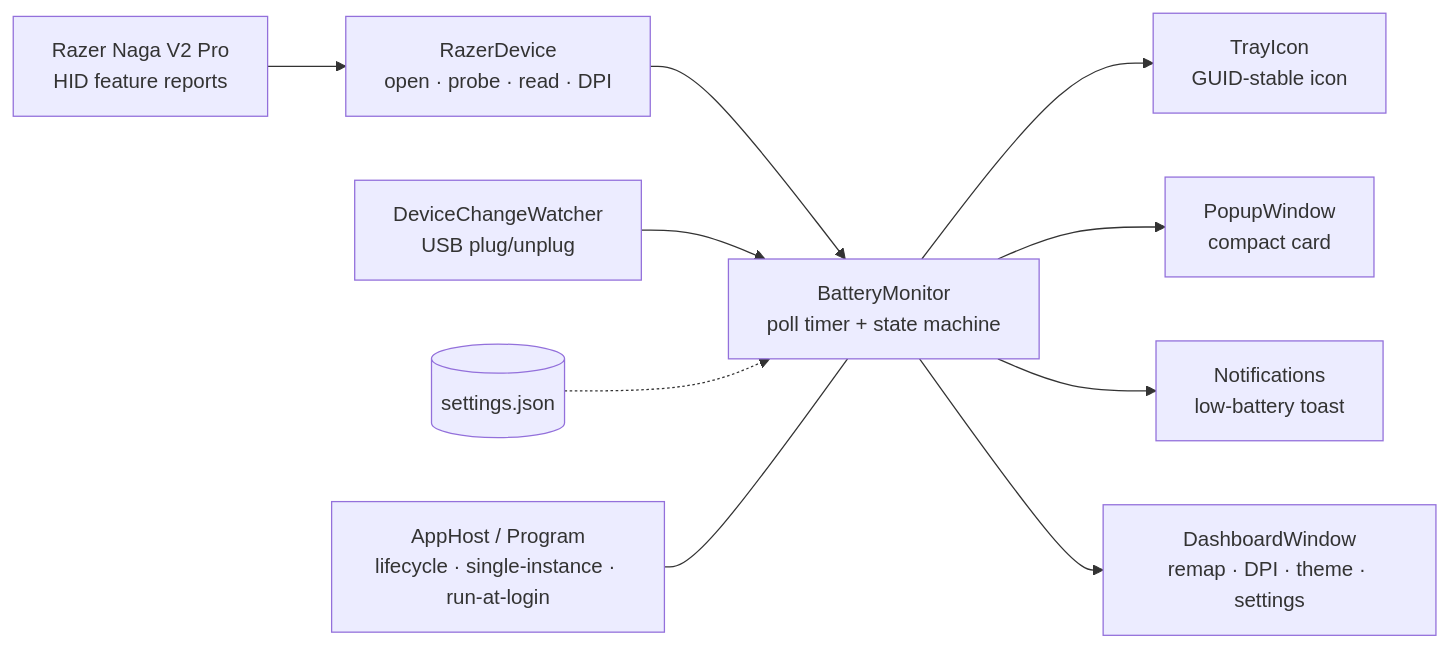
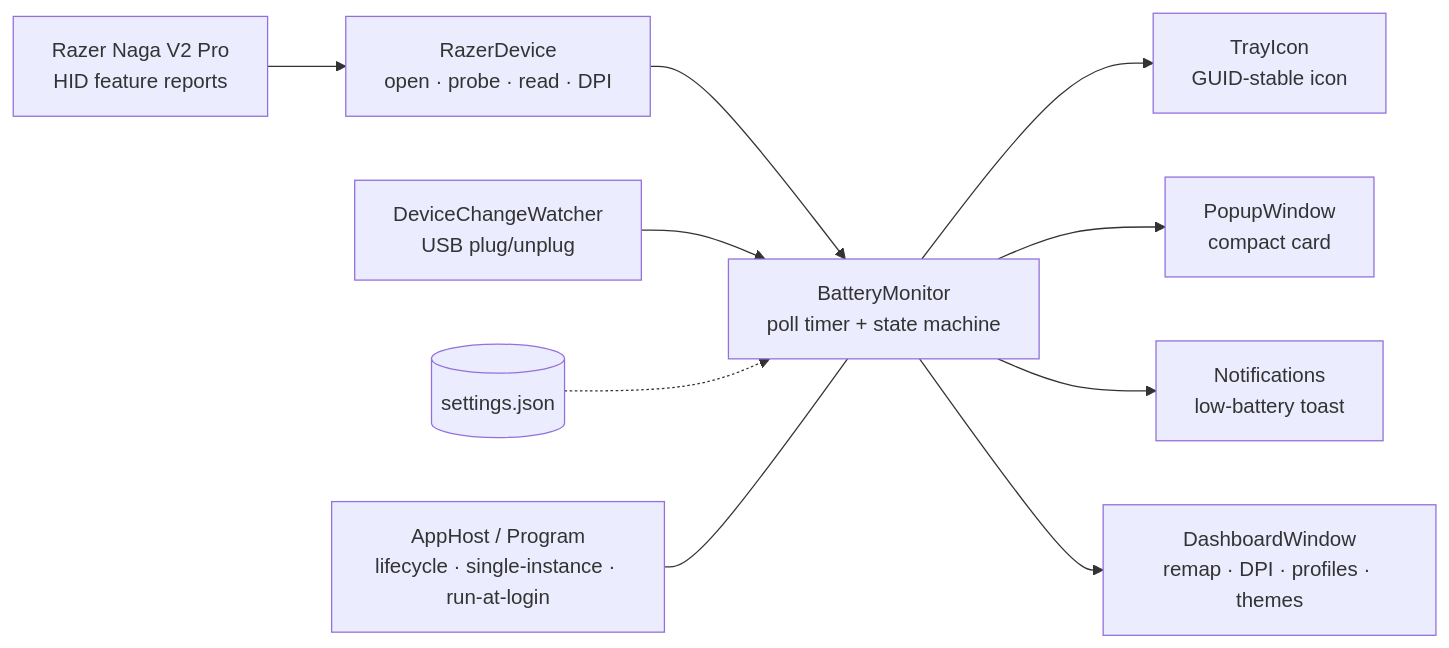
One commit to Bmwascher/razer-naga-companion changed the diagram in README.md. Above: the diagram before and after it, drawn with Mermaid. The commit also changed other lines of this file and 8 other files, not shown here.

````diff
--- a/README.md
+++ b/README.md
@@ -151,12 +169,12 @@
 ```mermaid
 flowchart LR
     HID["Razer Naga V2 Pro<br/>HID feature reports"] --> Dev["RazerDevice<br/>open · probe · read · DPI"]
     Dev --> Mon["BatteryMonitor<br/>poll timer + state machine"]
     Mon --> Tray["TrayIcon<br/>GUID-stable icon"]
     Mon --> Popup["PopupWindow<br/>compact card"]
     Mon --> Toast["Notifications<br/>low-battery toast"]
-    Mon --> Dash["DashboardWindow<br/>remap · DPI · theme · settings"]
+    Mon --> Dash["DashboardWindow<br/>remap · DPI · profiles · themes"]
     DevChg["DeviceChangeWatcher<br/>USB plug/unplug"] --> Mon
     Cfg[("settings.json")] -.-> Mon
     Host["AppHost / Program<br/>lifecycle · single-instance · run-at-login"] --- Mon
 ```
````
